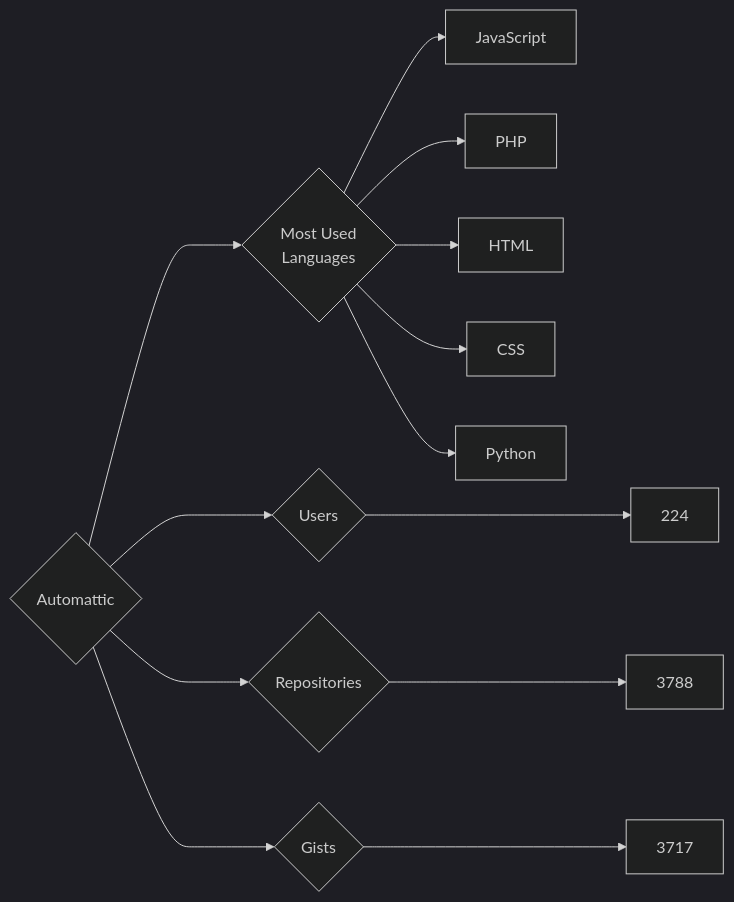
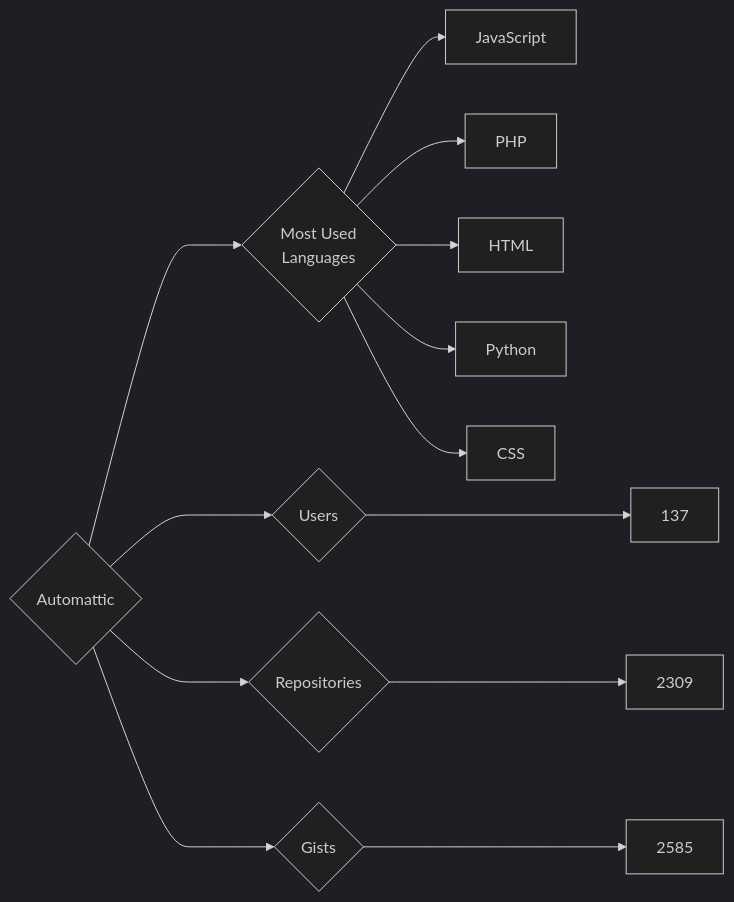
One commit to trickest/insiders changed the diagram in targets/Automattic/README.md. Above: the diagram before and after it, drawn with Mermaid (dark theme). The commit also changed 1084 other files, not shown here.

````diff
--- a/targets/Automattic/README.md
+++ b/targets/Automattic/README.md
@@ -3,13 +3,13 @@
 ```mermaid
 graph LR
 COMPANY_NAME{Automattic}
-COMPANY_NAME ---> U{Users} ---> UN[224]
-COMPANY_NAME ---> R{Repositories} ---> RN[3788]
-COMPANY_NAME ---> G{Gists} ---> GN[3717]
+COMPANY_NAME ---> U{Users} ---> UN[137]
+COMPANY_NAME ---> R{Repositories} ---> RN[2309]
+COMPANY_NAME ---> G{Gists} ---> GN[2585]
 COMPANY_NAME ---> ML{Most Used<br>Languages}
 ML --> JavaScript[JavaScript]
 ML --> PHP[PHP]
 ML --> HTML[HTML]
+ML --> Python[Python]
 ML --> CSS[CSS]
-ML --> Python[Python]
 ```
````
